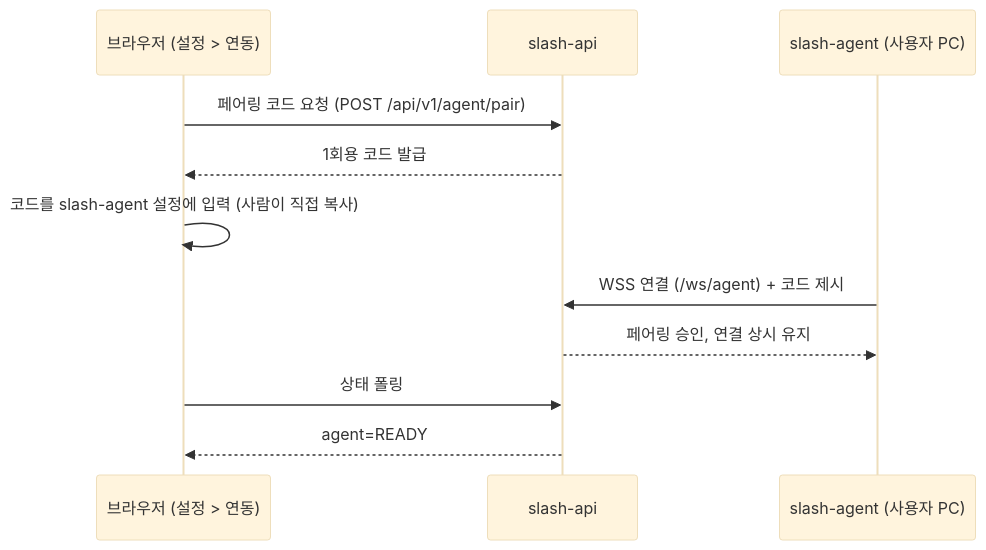
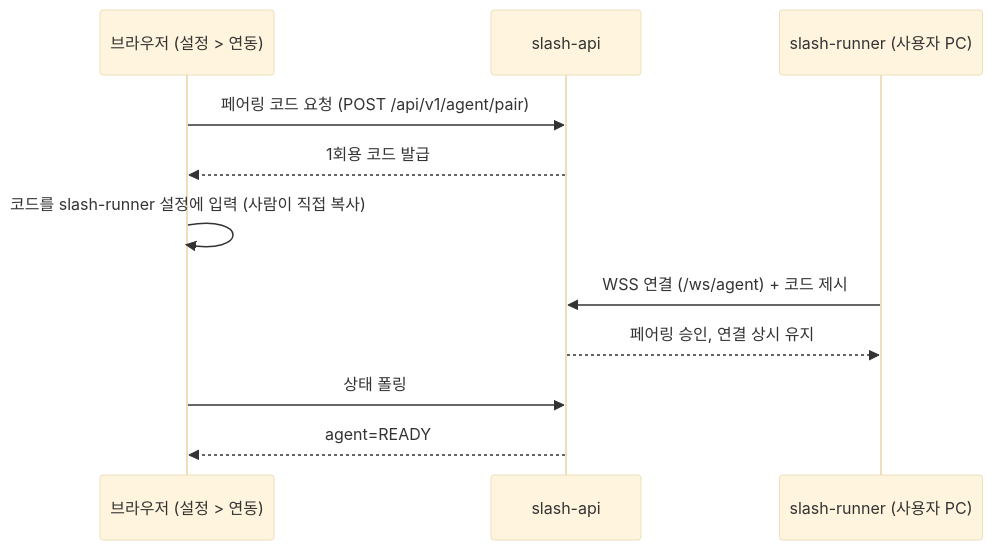
The fourth of 4 diagrams in docs/user-flow.md (LikeLionTeam4/slash-infra), drawn with Mermaid (base theme) before and after one commit. The commit also changed other lines of this file and 1 other file, not shown here.

First line of the commit message:
docs: 신규 문서의 slash-agent 참조를 slash-runner로 정정

````diff
--- a/docs/user-flow.md
+++ b/docs/user-flow.md
@@ -101,14 +101,14 @@
 ```mermaid
 sequenceDiagram
     participant B as 브라우저 (설정 > 연동)
     participant API as slash-api
-    participant A as slash-agent (사용자 PC)
+    participant A as slash-runner (사용자 PC)
 
     B->>API: 페어링 코드 요청 (POST /api/v1/agent/pair)
     API-->>B: 1회용 코드 발급
-    B->>B: 코드를 slash-agent 설정에 입력 (사람이 직접 복사)
+    B->>B: 코드를 slash-runner 설정에 입력 (사람이 직접 복사)
     A->>API: WSS 연결 (/ws/agent) + 코드 제시
     API-->>A: 페어링 승인, 연결 상시 유지
     B->>API: 상태 폴링
     API-->>B: agent=READY
 ```
````
